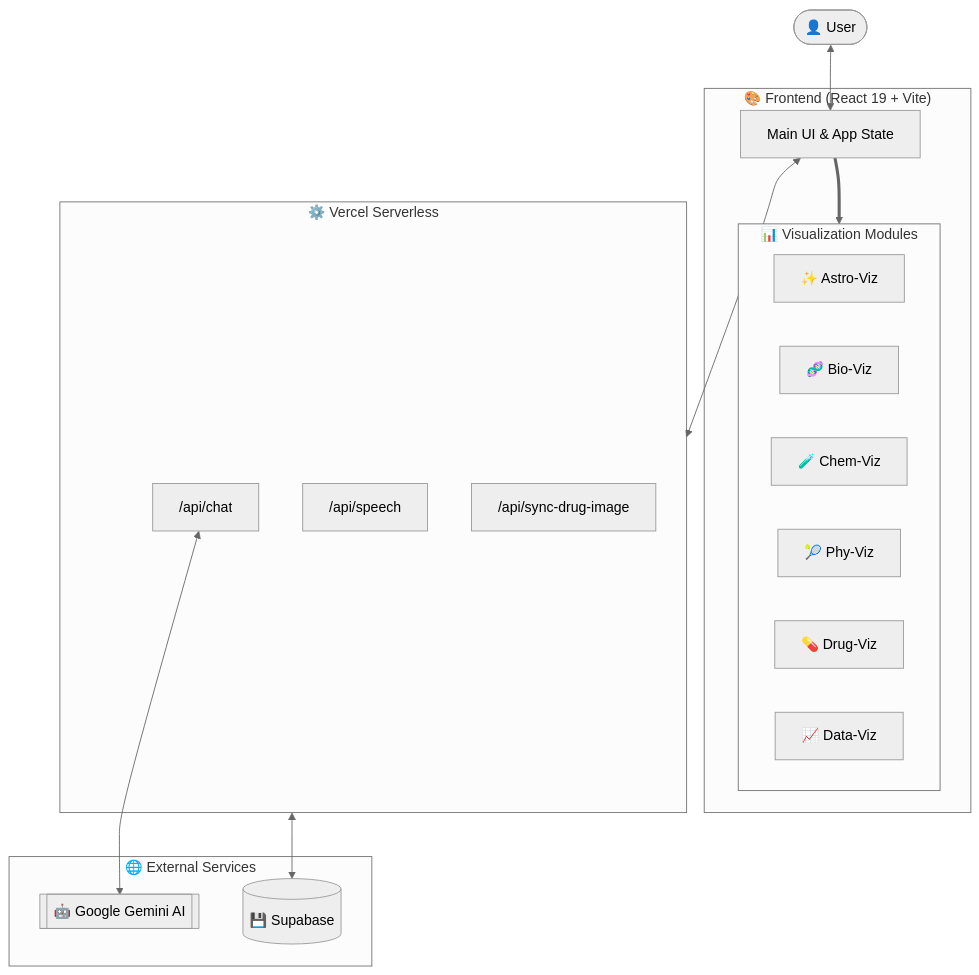
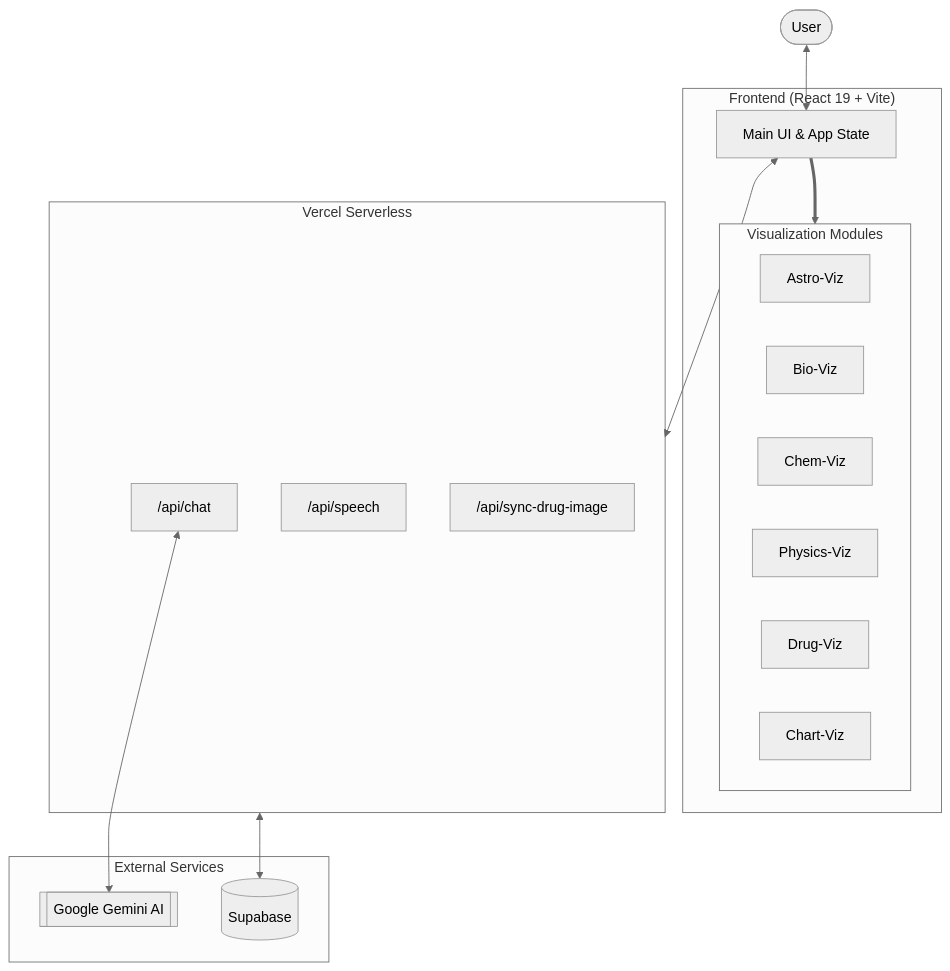
Before and after one commit to jpjp92/chat-agent: the first of 2 diagrams in README.md, drawn with Mermaid (neutral theme). The commit also changed other lines of this file and 10 other files, not shown here.

First line of the commit message:
Add reference guides for various visualizations: Chart, Chemistry, Constellation, Diagram, Drug, and Physics

````diff
--- a/README.md
+++ b/README.md
@@ -57,27 +58,27 @@
 ```mermaid
 flowchart TB
-    User([👤 User])
+    User([User])
 
-    subgraph Frontend ["🎨 Frontend (React 19 + Vite)"]
+    subgraph Frontend ["Frontend (React 19 + Vite)"]
         UI[Main UI & App State]
-        subgraph Visualizers ["📊 Visualization Modules"]
-            Astro["✨ Astro-Viz"] & Bio["🧬 Bio-Viz"] & Chem["🧪 Chem-Viz"]
-            Phy["🎾 Phy-Viz"] & Drug["💊 Drug-Viz"] & Charts["📈 Data-Viz"]
+        subgraph Visualizers ["Visualization Modules"]
+            Astro["Astro-Viz"] & Bio["Bio-Viz"] & Chem["Chem-Viz"]
+            Phy["Physics-Viz"] & Drug["Drug-Viz"] & Charts["Chart-Viz"]
         end
     end
 
-    subgraph Backend ["⚙️ Vercel Serverless"]
+    subgraph Backend ["Vercel Serverless"]
         ChatPipe["/api/chat"] & TTS["/api/speech"] & Sync["/api/sync-drug-image"]
     end
 
-    subgraph Providers ["🌐 External Services"]
-        Gemini[["🤖 Google Gemini AI"]]
-        Supabase[("💾 Supabase")]
+    subgraph Providers ["External Services"]
+        Gemini[["Google Gemini AI"]]
+        Supabase[("Supabase")]
     end
 
     User <--> UI
     UI ==> Visualizers
     UI <--> Backend
     ChatPipe <--> Gemini
     Backend <--> Supabase
 ```
````
